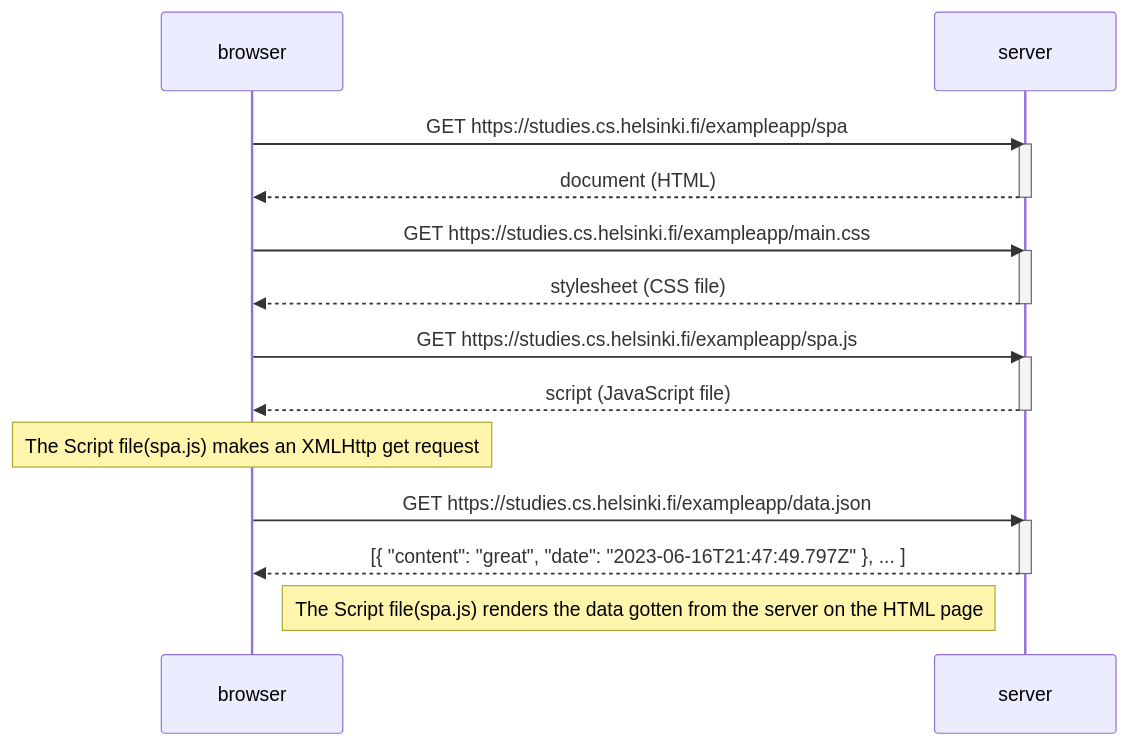
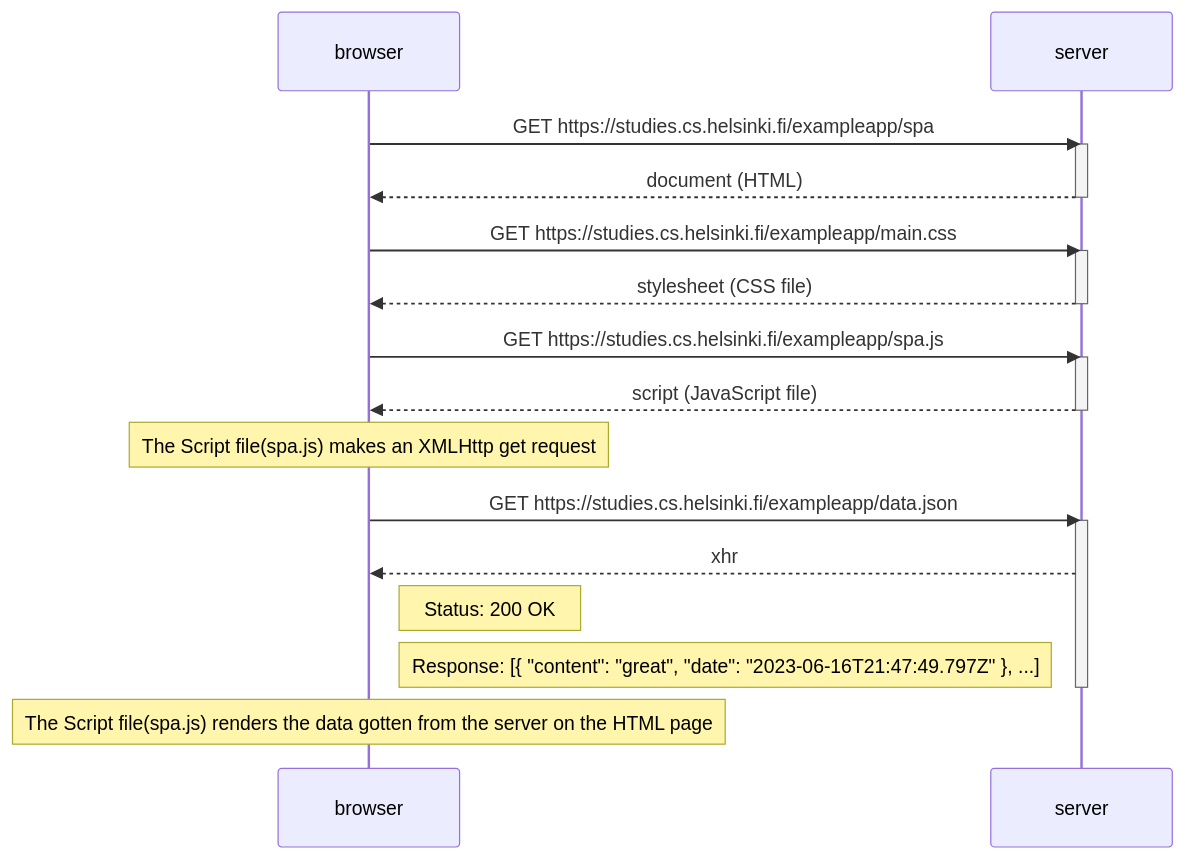
Before and after one commit to michaelikoko/fullstackopen_exercises: the diagram in part0/ex5.md, drawn with Mermaid.

````diff
--- a/part0/ex5.md
+++ b/part0/ex5.md
@@ -1,30 +1,32 @@
 ```mermaid
 sequenceDiagram
     participant browser
     participant server
 
 
     browser->>server: GET https://studies.cs.helsinki.fi/exampleapp/spa
     activate server
     server-->>browser: document (HTML)
     deactivate server
 
     browser->>server: GET https://studies.cs.helsinki.fi/exampleapp/main.css
     activate server
     server-->>browser: stylesheet (CSS file)
     deactivate server
 
     browser->>server: GET https://studies.cs.helsinki.fi/exampleapp/spa.js
     activate server
     server-->>browser: script (JavaScript file)
     deactivate server
 
     Note over browser: The Script file(spa.js) makes an XMLHttp get request
 
     browser->>server: GET https://studies.cs.helsinki.fi/exampleapp/data.json
     activate server
-    server-->>browser: [{ "content": "great", "date": "2023-06-16T21:47:49.797Z" }, ... ]
+    server-->>browser: xhr
+    Note right of browser: Status: 200 OK
+    Note right of browser: Response: [{ "content": "great", "date": "2023-06-16T21:47:49.797Z" }, ...]
     deactivate server
 
-    Note right of browser: The Script file(spa.js) renders the data gotten from the server on the HTML page
+    Note over browser: The Script file(spa.js) renders the data gotten from the server on the HTML page
 ```
````
